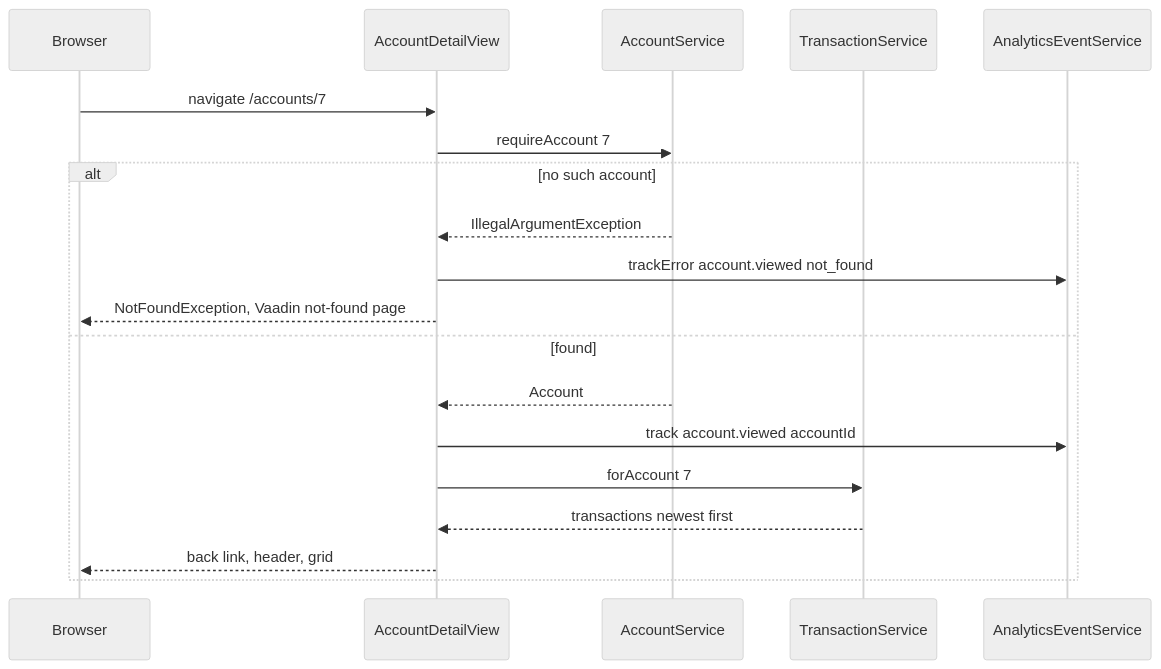
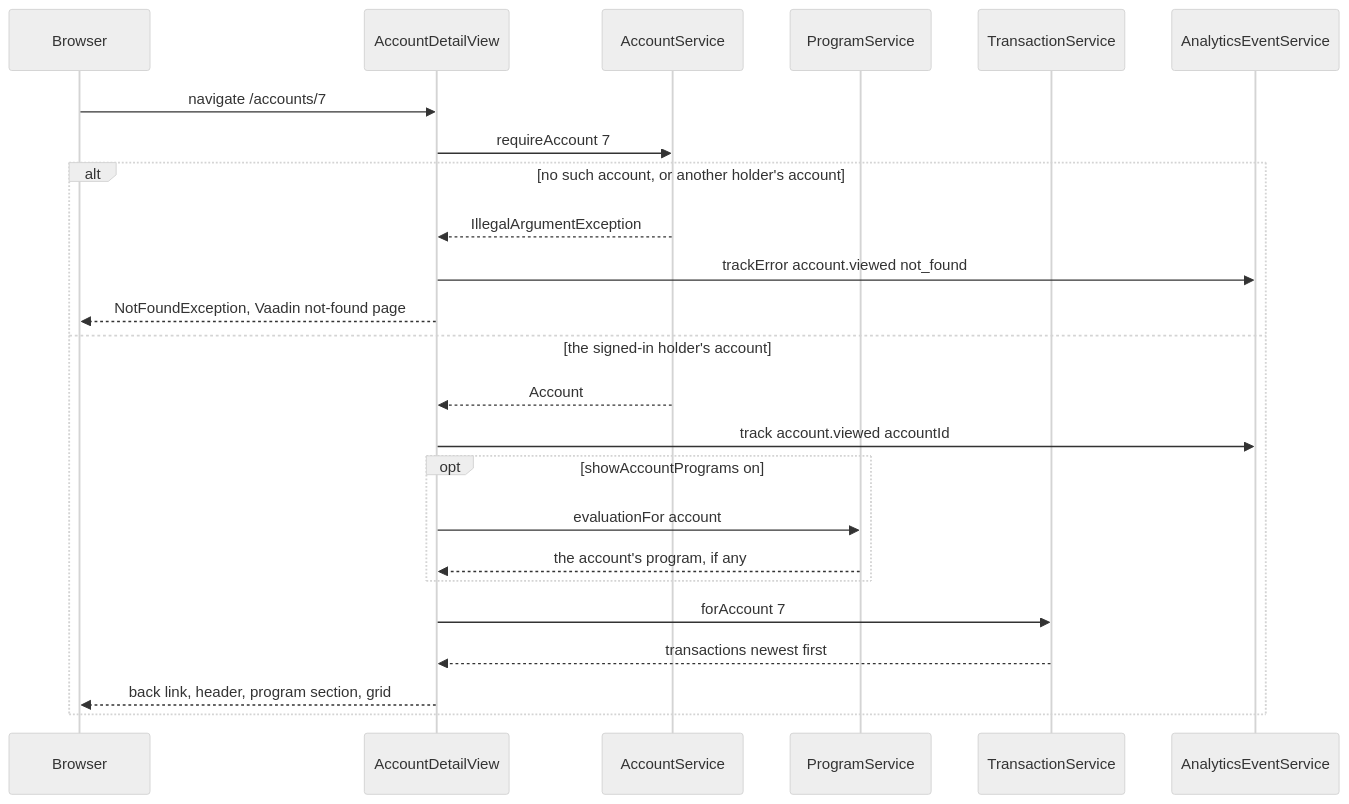
The diagram in droid-wiki/features/account-detail.md (factory-aj-pahl/mockingbird-bank), drawn with Mermaid (neutral theme) before and after one commit. The commit also changed other lines of this file and 73 other files, not shown here.

First line of the commit message:
Add account programs with Regular and Youth Savings rules (SED-847)

````diff
--- a/droid-wiki/features/account-detail.md
+++ b/droid-wiki/features/account-detail.md
@@ -26,21 +28,26 @@
 ```mermaid
 sequenceDiagram
     participant B as Browser
     participant V as AccountDetailView
     participant A as AccountService
+    participant P as ProgramService
     participant T as TransactionService
     participant E as AnalyticsEventService
     B->>V: navigate /accounts/7
     V->>A: requireAccount 7
-    alt no such account
+    alt no such account, or another holder's account
         A-->>V: IllegalArgumentException
         V->>E: trackError account.viewed not_found
         V-->>B: NotFoundException, Vaadin not-found page
-    else found
+    else the signed-in holder's account
         A-->>V: Account
         V->>E: track account.viewed accountId
+        opt showAccountPrograms on
+            V->>P: evaluationFor account
+            P-->>V: the account's program, if any
+        end
         V->>T: forAccount 7
         T-->>V: transactions newest first
-        V-->>B: back link, header, grid
+        V-->>B: back link, header, program section, grid
     end
 ```
````
